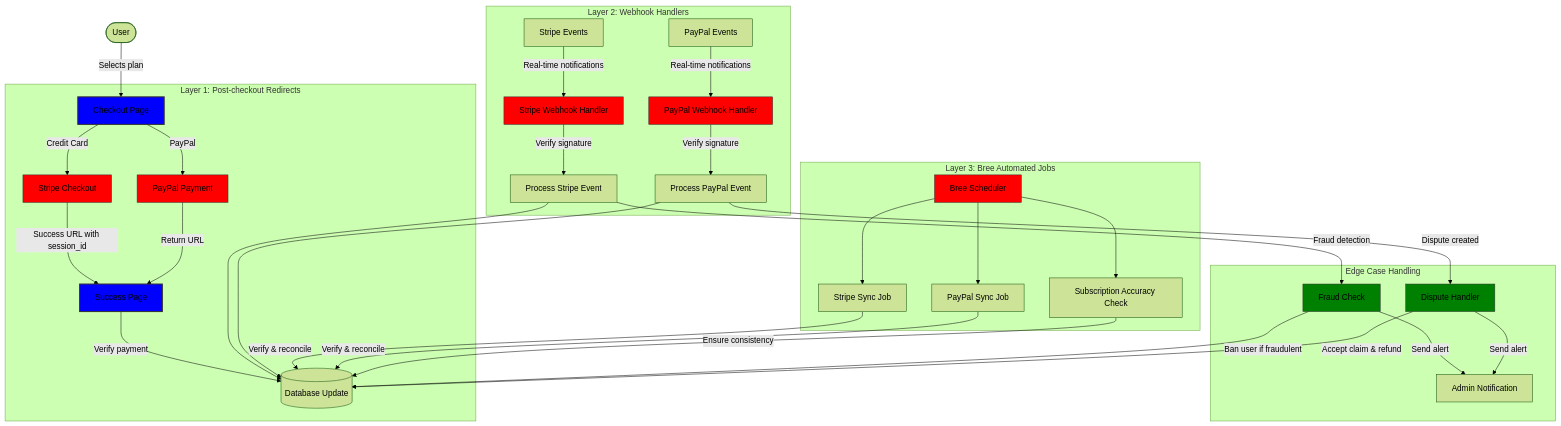
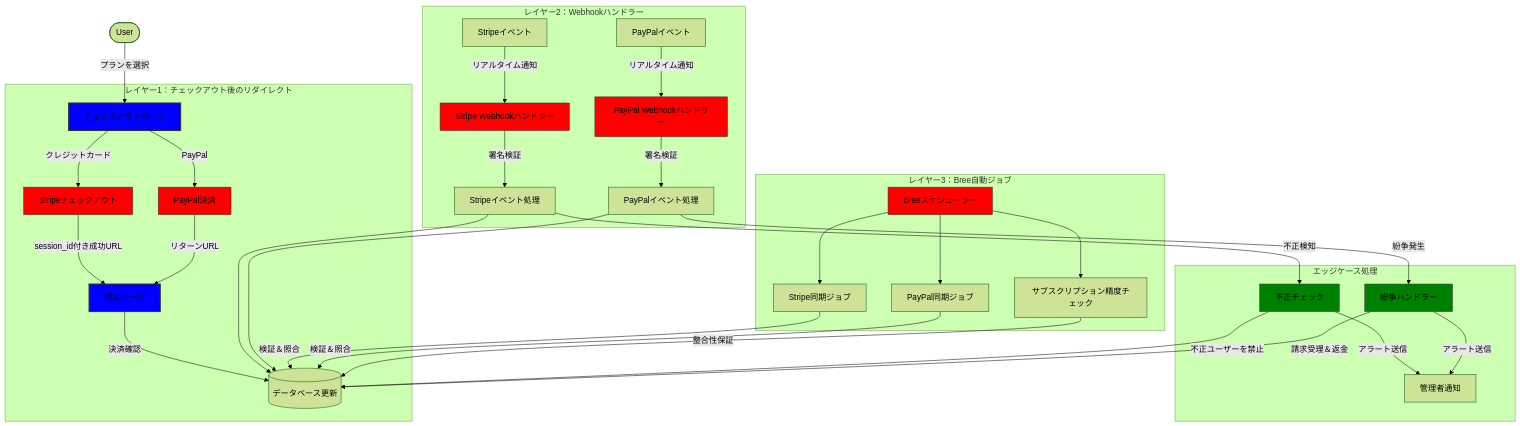
Before and after one commit to forwardemail/forwardemail.net: the first of 7 diagrams in app/views/docs/building-reliable-payment-system-stripe-paypal/index-ja.md, drawn with Mermaid (forest theme). The commit also changed other lines of this file and 1055 other files, not shown here.

````diff
--- a/app/views/docs/building-reliable-payment-system-stripe-paypal/index-ja.md
+++ b/app/views/docs/building-reliable-payment-system-stripe-paypal/index-ja.md
@@ -53,59 +57,59 @@
 ```mermaid
 flowchart TD
-    User([User]) --> |Selects plan| Checkout[Checkout Page]
+    User([User]) --> |プランを選択| Checkout[チェックアウトページ]
 
     %% Layer 1: Post-checkout redirects
-    subgraph "Layer 1: Post-checkout Redirects"
-        Checkout --> |Credit Card| Stripe[Stripe Checkout]
-        Checkout --> |PayPal| PayPal[PayPal Payment]
+    subgraph "レイヤー1：チェックアウト後のリダイレクト"
+        Checkout --> |クレジットカード| Stripe[Stripeチェックアウト]
+        Checkout --> |PayPal| PayPal[PayPal決済]
 
-        Stripe --> |Success URL with session_id| SuccessPage[Success Page]
-        PayPal --> |Return URL| SuccessPage
+        Stripe --> |session_id付き成功URL| SuccessPage[成功ページ]
+        PayPal --> |リターンURL| SuccessPage
 
-        SuccessPage --> |Verify payment| Database[(Database Update)]
+        SuccessPage --> |決済確認| Database[(データベース更新)]
     end
 
     %% Layer 2: Webhooks
-    subgraph "Layer 2: Webhook Handlers"
-        StripeEvents[Stripe Events] --> |Real-time notifications| StripeWebhook[Stripe Webhook Handler]
-        PayPalEvents[PayPal Events] --> |Real-time notifications| PayPalWebhook[PayPal Webhook Handler]
+    subgraph "レイヤー2：Webhookハンドラー"
+        StripeEvents[Stripeイベント] --> |リアルタイム通知| StripeWebhook[Stripe Webhookハンドラー]
+        PayPalEvents[PayPalイベント] --> |リアルタイム通知| PayPalWebhook[PayPal Webhookハンドラー]
 
-        StripeWebhook --> |Verify signature| ProcessStripeEvent[Process Stripe Event]
-        PayPalWebhook --> |Verify signature| ProcessPayPalEvent[Process PayPal Event]
+        StripeWebhook --> |署名検証| ProcessStripeEvent[Stripeイベント処理]
+        PayPalWebhook --> |署名検証| ProcessPayPalEvent[PayPalイベント処理]
 
         ProcessStripeEvent --> Database
         ProcessPayPalEvent --> Database
     end
 
     %% Layer 3: Automated jobs
-    subgraph "Layer 3: Bree Automated Jobs"
-        BreeScheduler[Bree Scheduler] --> StripeSync[Stripe Sync Job]
-        BreeScheduler --> PayPalSync[PayPal Sync Job]
-        BreeScheduler --> AccuracyCheck[Subscription Accuracy Check]
+    subgraph "レイヤー3：Bree自動ジョブ"
+        BreeScheduler[Breeスケジューラー] --> StripeSync[Stripe同期ジョブ]
+        BreeScheduler --> PayPalSync[PayPal同期ジョブ]
+        BreeScheduler --> AccuracyCheck[サブスクリプション精度チェック]
 
-        StripeSync --> |Verify & reconcile| Database
-        PayPalSync --> |Verify & reconcile| Database
-        AccuracyCheck --> |Ensure consistency| Database
+        StripeSync --> |検証＆照合| Database
+        PayPalSync --> |検証＆照合| Database
+        AccuracyCheck --> |整合性保証| Database
     end
 
     %% Edge cases
-    subgraph "Edge Case Handling"
-        ProcessStripeEvent --> |Fraud detection| FraudCheck[Fraud Check]
-        ProcessPayPalEvent --> |Dispute created| DisputeHandler[Dispute Handler]
+    subgraph "エッジケース処理"
+        ProcessStripeEvent --> |不正検知| FraudCheck[不正チェック]
+        ProcessPayPalEvent --> |紛争発生| DisputeHandler[紛争ハンドラー]
 
-        FraudCheck --> |Ban user if fraudulent| Database
-        DisputeHandler --> |Accept claim & refund| Database
+        FraudCheck --> |不正ユーザーを禁止| Database
+        DisputeHandler --> |請求受理＆返金| Database
 
-        FraudCheck --> |Send alert| AdminNotification[Admin Notification]
-        DisputeHandler --> |Send alert| AdminNotification
+        FraudCheck --> |アラート送信| AdminNotification[管理者通知]
+        DisputeHandler --> |アラート送信| AdminNotification
     end
 
     %% Style definitions
     classDef primary fill:blue,stroke:#333,stroke-width:2px;
     classDef secondary fill:red,stroke:#333,stroke-width:1px;
     classDef tertiary fill:green,stroke:#333,stroke-width:1px;
 
     class Checkout,SuccessPage primary;
     class Stripe,PayPal,StripeWebhook,PayPalWebhook,BreeScheduler secondary;
     class FraudCheck,DisputeHandler tertiary;
 ```
````
